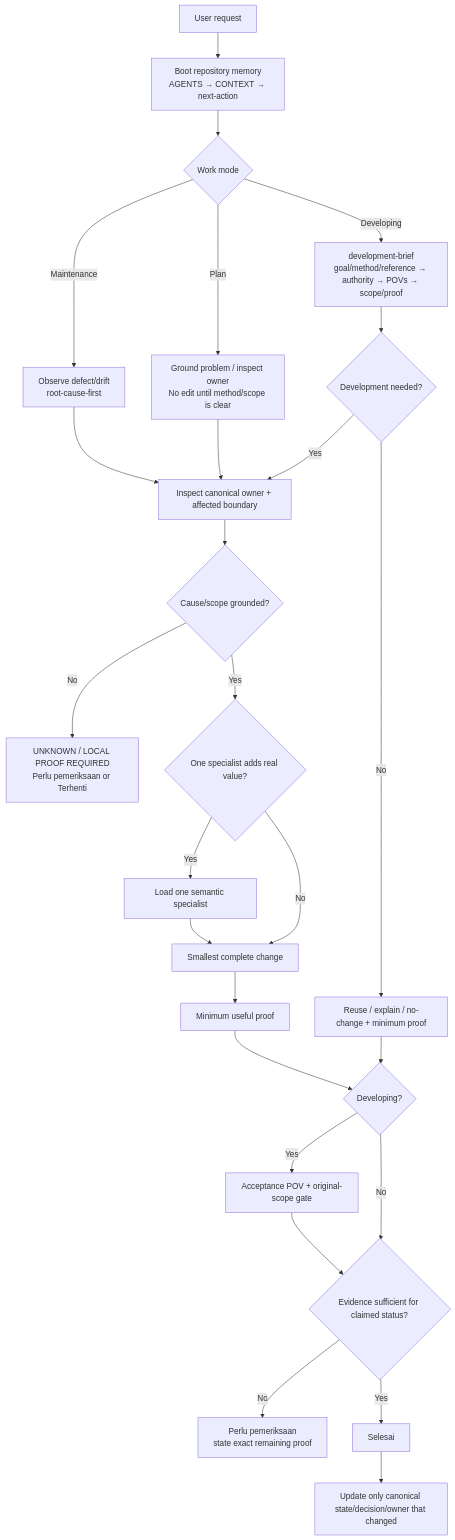
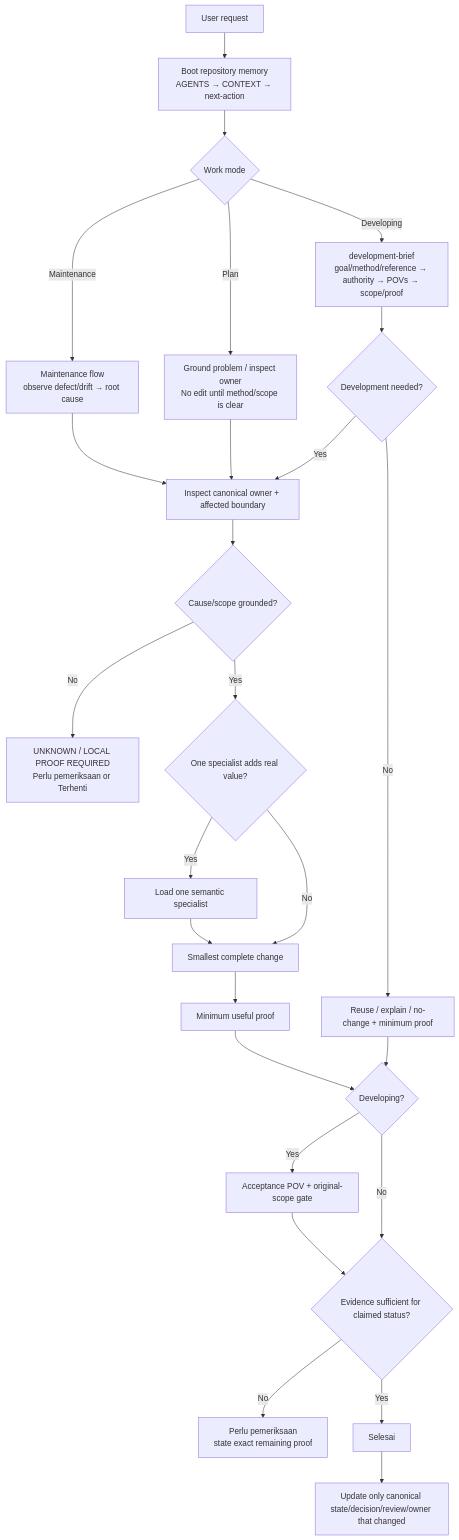
Before and after one commit to halokaryamedia-source/PRD-Creator: the diagram in docs/knowledge/flow.md, drawn with Mermaid. The commit also changed other lines of this file and 20 other files, not shown here.

Commit message:
feat: establish ownership review and maintenance infrastructure

````diff
--- a/docs/knowledge/flow.md
+++ b/docs/knowledge/flow.md
@@ -9,33 +9,33 @@
 ```mermaid
 flowchart TD
     A[User request] --> B[Boot repository memory<br/>AGENTS → CONTEXT → next-action]
     B --> C{Work mode}
 
     C -->|Plan| P[Ground problem / inspect owner<br/>No edit until method/scope is clear]
     C -->|Developing| D[development-brief<br/>goal/method/reference → authority → POVs → scope/proof]
-    C -->|Maintenance| M[Observe defect/drift<br/>root-cause-first]
+    C -->|Maintenance| M[Maintenance flow<br/>observe defect/drift → root cause]
 
     D --> N{Development needed?}
     N -- No --> NC[Reuse / explain / no-change + minimum proof]
     N -- Yes --> I[Inspect canonical owner + affected boundary]
     P --> I
     M --> I
 
     I --> K{Cause/scope grounded?}
     K -- No --> X[UNKNOWN / LOCAL PROOF REQUIRED<br/>Perlu pemeriksaan or Terhenti]
     K -- Yes --> S{One specialist adds real value?}
     S -- Yes --> SP[Load one semantic specialist]
     S -- No --> CH[Smallest complete change]
     SP --> CH
 
     CH --> V[Minimum useful proof]
     NC --> G
     V --> G{Developing?}
     G -- Yes --> AP[Acceptance POV + original-scope gate]
     G -- No --> F{Evidence sufficient for claimed status?}
     AP --> F
 
     F -- No --> PR[Perlu pemeriksaan<br/>state exact remaining proof]
     F -- Yes --> OK[Selesai]
-    OK --> U[Update only canonical state/decision/owner that changed]
+    OK --> U[Update only canonical state/decision/review/owner that changed]
 ```
````
